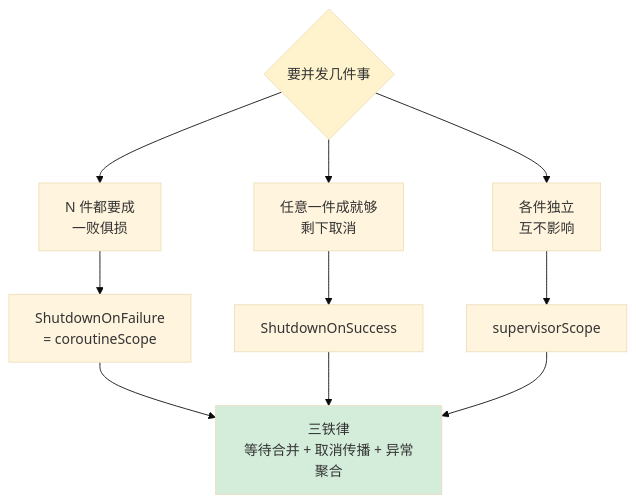
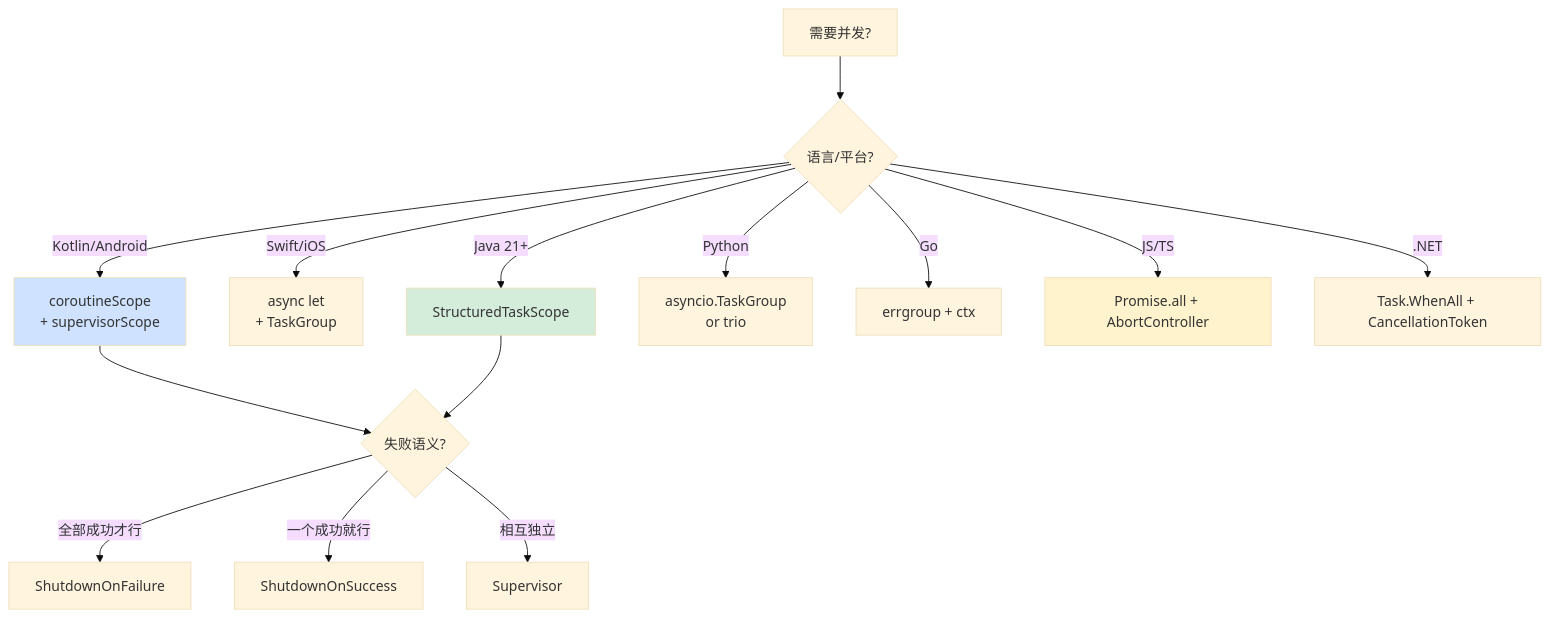
The seventh of 7 diagrams in 00.通用技术的提升/02.程序编程原理/03.第3卷并发之道/3.18.结构化并发设计思想.md (chongyang211/YCBookBlog), drawn with Mermaid (base theme) before and after one commit. The commit also changed other lines of this file and 45 other files, not shown here.

````diff
--- a/00.通用技术的提升/02.程序编程原理/03.第3卷并发之道/3.18.结构化并发设计思想.md
+++ b/00.通用技术的提升/02.程序编程原理/03.第3卷并发之道/3.18.结构化并发设计思想.md
@@ -721,15 +1245,22 @@
 ```mermaid
-flowchart TB
-    Q{要并发几件事} --> N1[N 件都要成<br/>一败俱损]
-    Q --> N2[任意一件成就够<br/>剩下取消]
-    Q --> N3[各件独立<br/>互不影响]
-    N1 --> S1[ShutdownOnFailure<br/>= coroutineScope]
-    N2 --> S2[ShutdownOnSuccess]
-    N3 --> S3[supervisorScope]
-    S1 --> Common
-    S2 --> Common
-    S3 --> Common
-    Common[三铁律<br/>等待合并 + 取消传播 + 异常聚合]
-    style Q fill:#fff3cd
-    style Common fill:#d4edda
+flowchart TD
+    A[需要并发?] --> B{语言/平台?}
+    B -->|Kotlin/Android| B1[coroutineScope<br/>+ supervisorScope]
+    B -->|Swift/iOS| B2[async let<br/>+ TaskGroup]
+    B -->|Java 21+| B3[StructuredTaskScope]
+    B -->|Python| B4[asyncio.TaskGroup<br/>or trio]
+    B -->|Go| B5[errgroup + ctx]
+    B -->|JS/TS| B6[Promise.all + AbortController]
+    B -->|.NET| B7[Task.WhenAll + CancellationToken]
+    
+    B1 --> C{失败语义?}
+    B3 --> C
+    
+    C -->|全部成功才行| C1[ShutdownOnFailure]
+    C -->|一个成功就行| C2[ShutdownOnSuccess]
+    C -->|相互独立| C3[Supervisor]
+    
+    style B1 fill:#cfe2ff
+    style B3 fill:#d4edda
+    style B6 fill:#fff3cd
 ```
````
